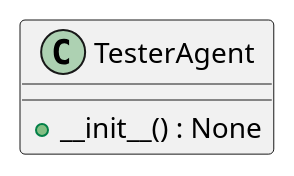
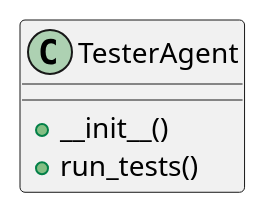
Before and after one commit to lgcorzo/llmops-python-package: the diagram in openwiki/src/autogen_team/application/agents/tester_agent.md, drawn with PlantUML. The commit also changed other lines of this file and 77 other files, not shown here.

````diff
--- a/openwiki/src/autogen_team/application/agents/tester_agent.md
+++ b/openwiki/src/autogen_team/application/agents/tester_agent.md
@@ -50,7 +73,8 @@
 ```plantuml
 @startuml
-    class TesterAgent {
-        +__init__() : None
-    }
+class TesterAgent {
+  + __init__()
+  + run_tests()
+}
 @enduml
 ```
````
